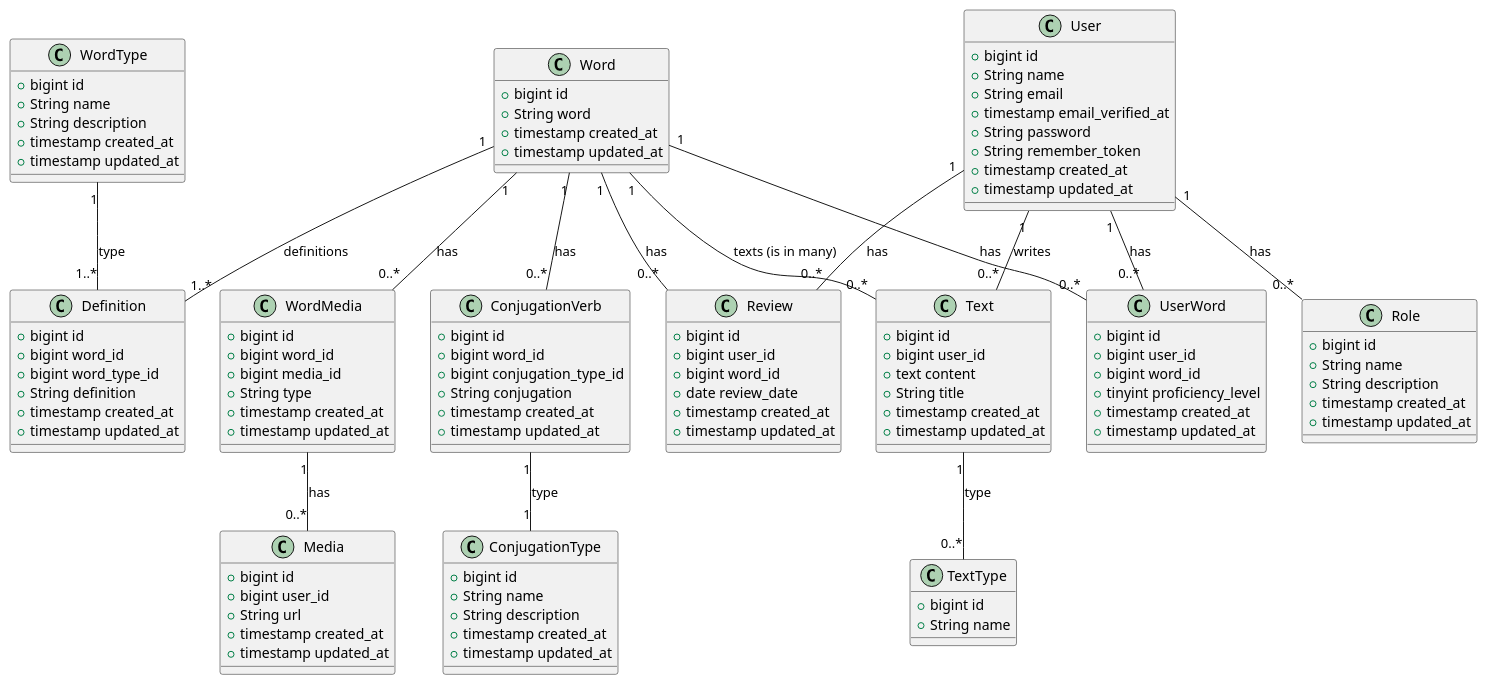
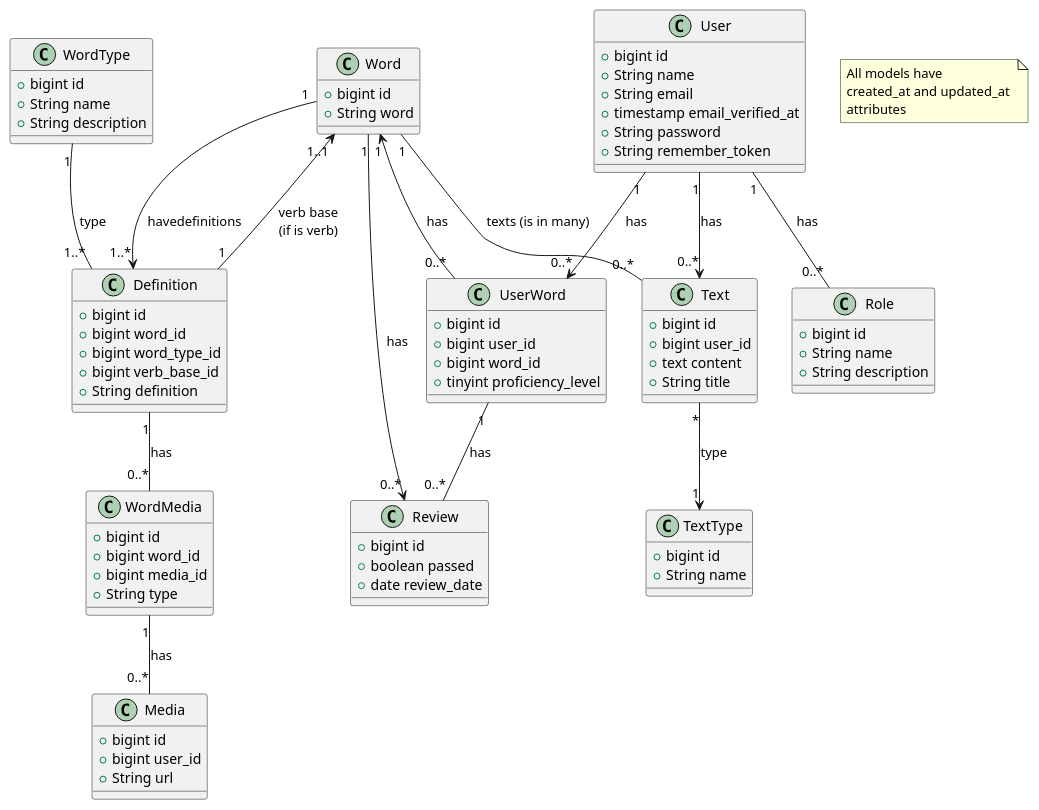
One commit to jfcodiaz/my-vocabulary-api changed the diagram in docs/entities.wsd. Above: the diagram before and after it, drawn with PlantUML.

Commit message:
🚀 [#36] UML Entities Revamp: Added new relationships, streamlined structure ⚙️📐
- 🏆 Added 'passed' to Review for tracking successful outcomes.
- ✂️ Removed ConjugationVerb and ConjugationVerbType entities for simplicity.
- 🔄 Moved Word-ConjugationVerb relationship to Definition for better verb management.
- 🧠 Created a new relationship: Definition ↔ Word as verb base if the word is a verb.
- 🧹 Refined relationships and ensured cleaner, more intuitive data flow across entities.

```diff
--- a/docs/entities.wsd
+++ b/docs/entities.wsd
@@ -1,127 +1,90 @@
-@startuml Entities
+ @startuml Entities
 
-class WordType {
-    +bigint id
-    +String name
-    +String description
-    +timestamp created_at
-    +timestamp updated_at
-}
+    class User {
+        +bigint id
+        +String name
+        +String email
+        +timestamp email_verified_at
+        +String password
+        +String remember_token
+    }
 
-class User {
-    +bigint id
-    +String name
-    +String email
-    +timestamp email_verified_at
-    +String password
-    +String remember_token
-    +timestamp created_at
-    +timestamp updated_at
-}
+    class UserWord {
+        +bigint id
+        +bigint user_id
+        +bigint word_id
+        +tinyint proficiency_level
+    }
 
-class UserWord {
-    +bigint id
-    +bigint user_id
-    +bigint word_id
-    +tinyint proficiency_level
-    +timestamp created_at
-    +timestamp updated_at
-}
+    class Word {
+        +bigint id
+        +String word
+    }
 
-class Word {
-    +bigint id
-    +String word
-    +timestamp created_at
-    +timestamp updated_at
-}
+    class Definition {
+        +bigint id
+        +bigint word_id
+        +bigint word_type_id
+        +bigint verb_base_id
+        +String definition
+    }
 
-class Definition {
-    +bigint id
-    +bigint word_id
-    +bigint word_type_id
-    +String definition
-    +timestamp created_at
-    +timestamp updated_at
-}
+    class Review {
+        +bigint id
+        +boolean passed
+        +date review_date
+    }
 
-class Review {
-    +bigint id
-    +bigint user_id
-    +bigint word_id
-    +date review_date
-    +timestamp created_at
-    +timestamp updated_at
-}
+    class Text {
+        +bigint id
+        +bigint user_id
+        +text content
+        +String title
+    }
 
-class Text {
-    +bigint id
-    +bigint user_id
-    +text content
-    +String title
-    +timestamp created_at
-    +timestamp updated_at
-}
+    class TextType {
+        +bigint id
+        +String name
+    }
 
-class TextType {
-    +bigint id
-    +String name
-}
+    class Media {
+        +bigint id
+        +bigint user_id
+        +String url
+    }
 
-class ConjugationVerb {
-    +bigint id
-    +bigint word_id
-    +bigint conjugation_type_id
-    +String conjugation
-    +timestamp created_at
-    +timestamp updated_at
-}
+    class WordMedia {
+        +bigint id
+        +bigint word_id
+        +bigint media_id
+        +String type
+    }
 
-class ConjugationType {
-    +bigint id
-    +String name
-    +String description
-    +timestamp created_at
-    +timestamp updated_at
-}
+    class Role {
+        +bigint id
+        +String name
+        +String description
+    }
 
-class Media {
-    +bigint id
-    +bigint user_id
-    +String url
-    +timestamp created_at
-    +timestamp updated_at
-}
+    class WordType {
+        +bigint id
+        +String name
+        +String description
+    }
 
-class WordMedia {
-    +bigint id
-    +bigint word_id
-    +bigint media_id
-    +String type
-    +timestamp created_at
-    +timestamp updated_at
-}
-
-class Role {
-    +bigint id
-    +String name
-    +String description
-    +timestamp created_at
-    +timestamp updated_at
-}
-
-Word "1" -- "0..*" Review : has
-Word "1" -- "0..*" Text : texts (is in many)
-User "1" -- "0..*" Text : writes
-Text "1" -- "0..*" TextType : type
-User "1" -- "0..*" UserWord : has
-Word "1" -- "0..*" UserWord : has
-Word "1" -- "0..*" ConjugationVerb : has
-ConjugationVerb "1" -- "1" ConjugationType : type
-User "1" -- "0..*" Review : has
-Word "1" -- "1..*" Definition : definitions
-WordType "1" -- "1..*" Definition : type
-WordMedia "1" -- "0..*" Media : has
-Word "1" -- "0..*" WordMedia : has
-User "1" -- "0..*" Role : has
+    note "All models have \ncreated_at and updated_at \nattributes " as N1
+    Word "1" --> "0..*" Review : has
+    Word "1" -- "0..*" Text : texts (is in many)
+    User "1" --> "0..*" Text : has
+    Text "*" --> "1" TextType : type
+    User "1" --> "0..*" UserWord : has
+    Word "1" <-- "0..*" UserWord : has
+    UserWord "1" -- "0..*" Review : has
+    Word "1" --> "1..*" Definition :  havedefinitions
+    WordType "1" -- "1..*" Definition : type
+    WordMedia "1" -- "0..*" Media : has
+    Definition "1" -- "0..*" WordMedia : has
+    User "1" -- "0..*" Role : has
+    Definition "1" --> "1..1" Word : verb base\n(if is verb)
 
 @enduml
```
